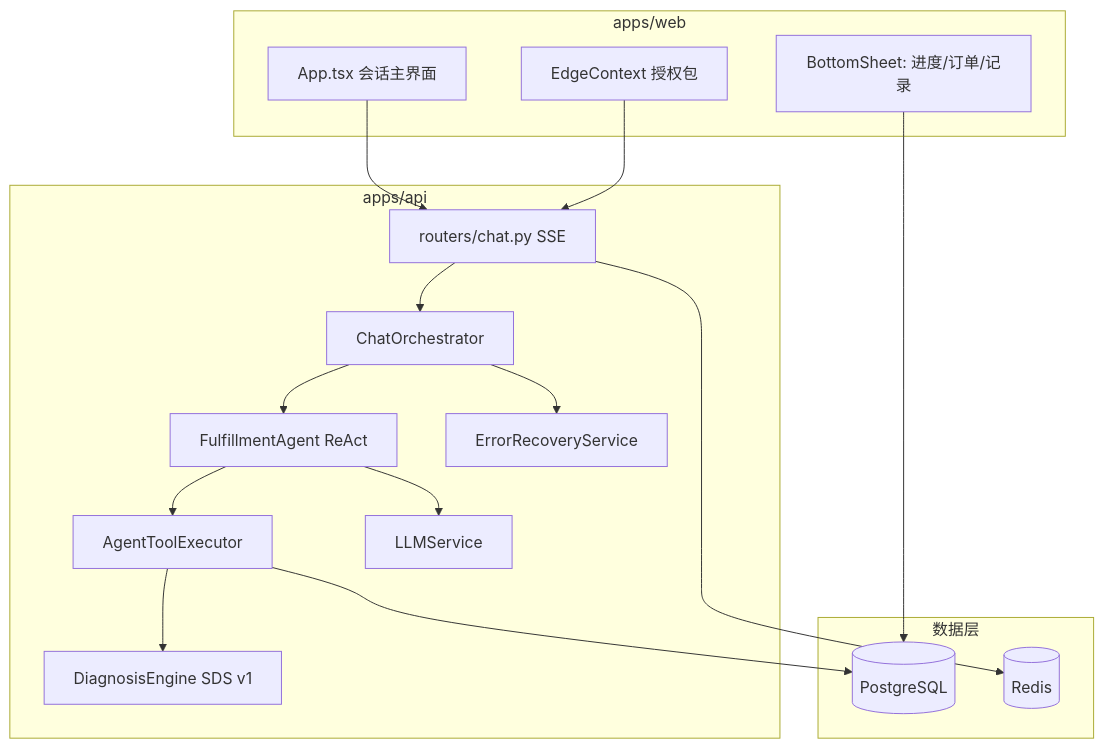
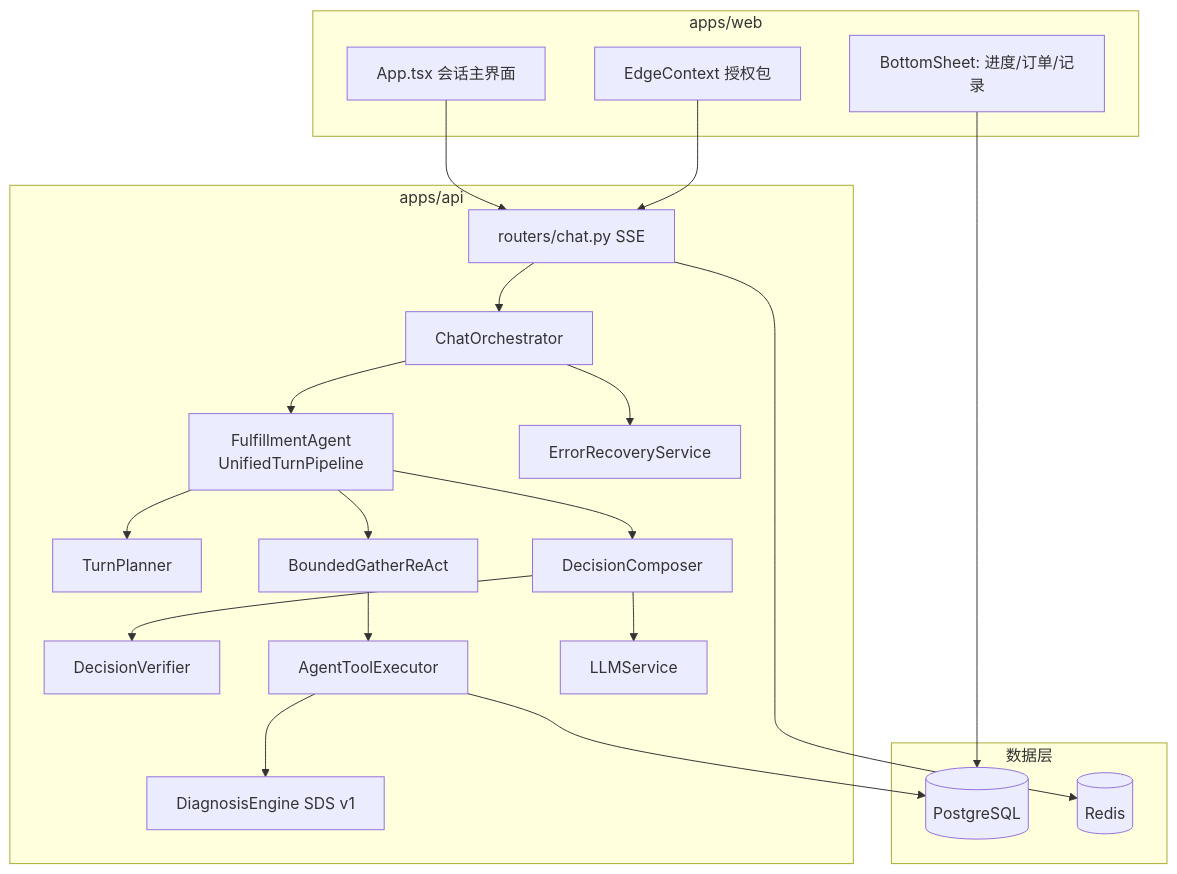
One commit to SheilahZ-2024/vibe_test changed the first of 2 diagrams in docs/ARCHITECTURE.md. Above: the diagram before and after it, drawn with Mermaid. The commit also changed other lines of this file and 27 other files, not shown here.

First line of the commit message:
refactor: unified Gather ReAct + Compose pipeline with streaming thinking

````diff
--- a/docs/ARCHITECTURE.md
+++ b/docs/ARCHITECTURE.md
@@ -20,35 +20,43 @@
 ```mermaid
 flowchart TB
   subgraph client ["apps/web"]
     UI["App.tsx 会话主界面"]
     Sheet["BottomSheet: 进度/订单/记录"]
     Edge["EdgeContext 授权包"]
   end
 
   subgraph api ["apps/api"]
     Chat["routers/chat.py SSE"]
     Orch["ChatOrchestrator"]
-    Agent["FulfillmentAgent ReAct"]
+    Agent["FulfillmentAgent\nUnifiedTurnPipeline"]
+    Plan["TurnPlanner"]
+    Gather["BoundedGatherReAct"]
+    Compose["DecisionComposer"]
+    Verify["DecisionVerifier"]
     Tools["AgentToolExecutor"]
     DX["DiagnosisEngine SDS v1"]
     Recovery["ErrorRecoveryService"]
     LLM["LLMService"]
   end
 
   subgraph data ["数据层"]
     PG[("PostgreSQL")]
     RD[("Redis")]
   end
 
   UI --> Chat
   Edge --> Chat
   Chat --> Orch
   Orch --> Agent
-  Agent --> Tools
+  Agent --> Plan
+  Agent --> Gather
+  Gather --> Tools
+  Agent --> Compose
+  Compose --> Verify
+  Compose --> LLM
   Tools --> DX
-  Agent --> LLM
   Orch --> Recovery
   Tools --> PG
   Chat --> RD
   Sheet --> PG
 ```
````
